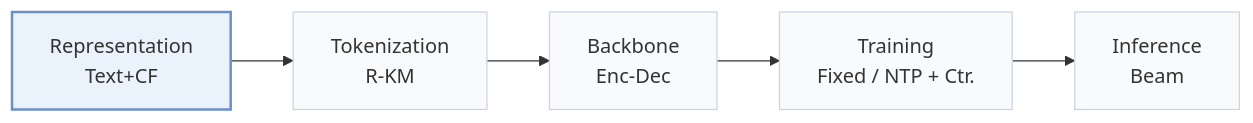
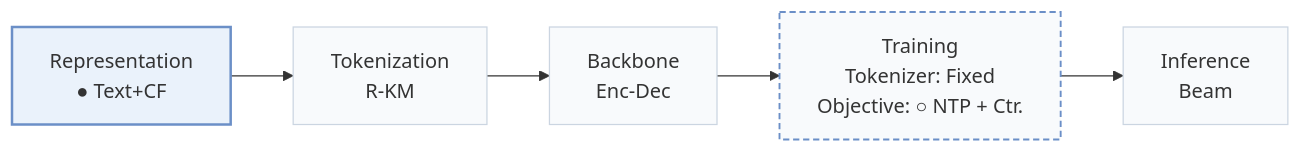
Before and after one commit to Galaxy-ghost/Awesome-SID-Generative-Rec: the first of 2 diagrams in pages/papers/unger.md, drawn with Mermaid. The commit also changed other lines of this file and 558 other files, not shown here.

````diff
--- a/pages/papers/unger.md
+++ b/pages/papers/unger.md
@@ -15,8 +18,10 @@
 ```mermaid
 flowchart LR
-    R["Representation<br/>Text+CF"] --> T["Tokenization<br/>R-KM"] --> B["Backbone<br/>Enc-Dec"] --> TR["Training<br/>Fixed / NTP + Ctr."] --> I["Inference<br/>Beam"]
+    R["Representation<br/>● Text+CF"] --> T["Tokenization<br/>R-KM"] --> B["Backbone<br/>Enc-Dec"] --> TR["Training<br/>Tokenizer: Fixed<br/>Objective: ○ NTP + Ctr."] --> I["Inference<br/>Beam"]
     classDef base fill:#f8fafc,stroke:#cbd5e1
     class R,T,B,TR,I base
+    classDef other fill:#f8fafc,stroke:#6b8fc7,stroke-width:1.5px,stroke-dasharray:5 3
+    class TR other
     classDef main fill:#eaf2fb,stroke:#6b8fc7,stroke-width:2px
     class R main
 ```
````
